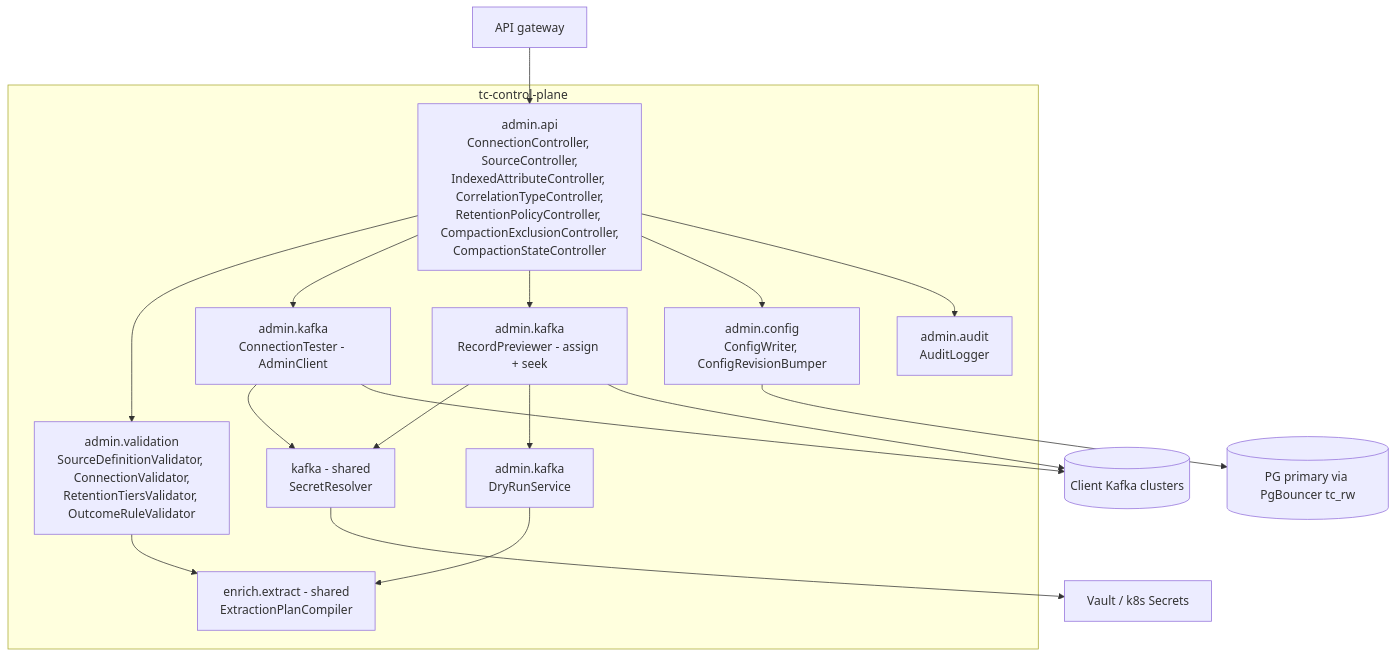
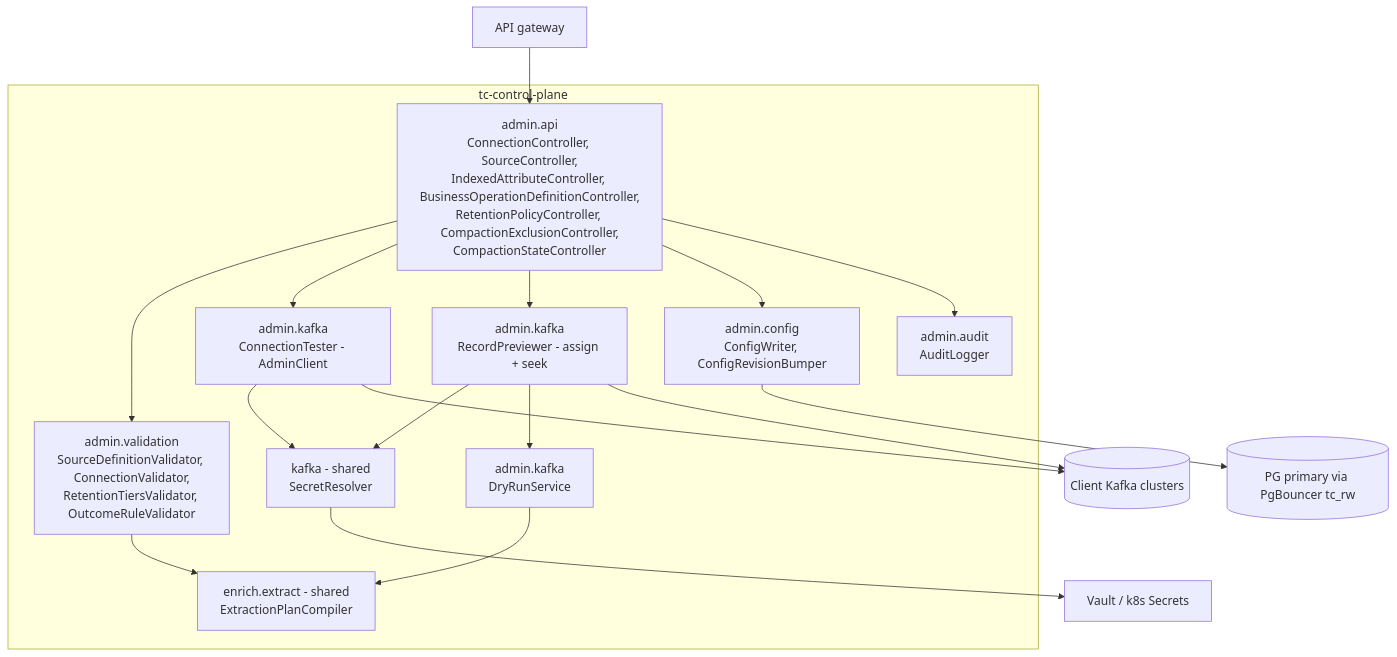
One commit to aasmc/tracing-system changed the fifth of 7 diagrams in agent/03-low-level-design.md. Above: the diagram before and after it, drawn with Mermaid. The commit also changed other lines of this file and 122 other files, not shown here.

````diff
--- a/agent/03-low-level-design.md
+++ b/agent/03-low-level-design.md
@@ -2003,29 +1997,29 @@
 ```mermaid
 flowchart TB
     gw["API gateway"]
     pg[("PG primary via PgBouncer tc_rw")]
     ck[("Client Kafka clusters")]
     vault["Vault / k8s Secrets"]
 
     subgraph CP["tc-control-plane"]
-        API["admin.api<br/>ConnectionController, SourceController,<br/>IndexedAttributeController, CorrelationTypeController,<br/>RetentionPolicyController, CompactionExclusionController,<br/>CompactionStateController"]
+        API["admin.api<br/>ConnectionController, SourceController,<br/>IndexedAttributeController, BusinessOperationDefinitionController,<br/>RetentionPolicyController, CompactionExclusionController,<br/>CompactionStateController"]
         VAL["admin.validation<br/>SourceDefinitionValidator, ConnectionValidator,<br/>RetentionTiersValidator, OutcomeRuleValidator"]
         CMP["enrich.extract - shared<br/>ExtractionPlanCompiler"]
         CT["admin.kafka<br/>ConnectionTester - AdminClient"]
         PV["admin.kafka<br/>RecordPreviewer - assign + seek"]
         DRY["admin.kafka<br/>DryRunService"]
         CFG["admin.config<br/>ConfigWriter, ConfigRevisionBumper"]
         AUD["admin.audit<br/>AuditLogger"]
         SR["kafka - shared<br/>SecretResolver"]
     end
 
     gw --> API
     API --> VAL --> CMP
     API --> CT --> SR --> vault
     API --> PV --> SR
     PV --> DRY --> CMP
     CT --> ck
     PV --> ck
     API --> CFG --> pg
     API --> AUD
 ```
````
